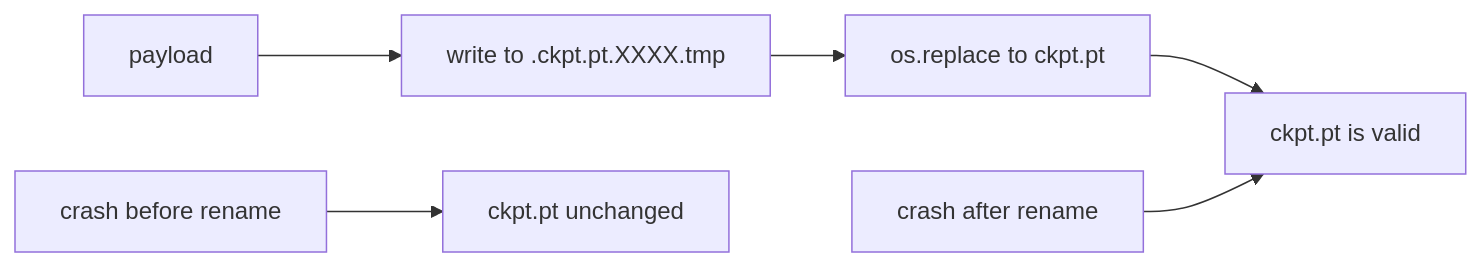
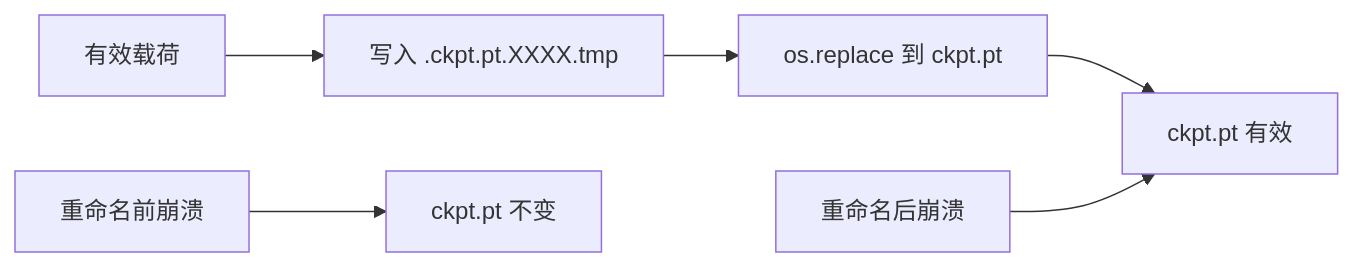
The second of 3 diagrams in lessons/19-capstone-projects/47-checkpoint-save-resume/docs/zh.md (guangningsun/ailearning), drawn with Mermaid before and after one commit. The commit also changed other lines of this file and 85 other files, not shown here.

````diff
--- a/lessons/19-capstone-projects/47-checkpoint-save-resume/docs/zh.md
+++ b/lessons/19-capstone-projects/47-checkpoint-save-resume/docs/zh.md
@@ -50,8 +50,8 @@
 ```mermaid
 flowchart LR
-  payload[payload] --> tmpf[write to .ckpt.pt.XXXX.tmp]
-  tmpf --> rename[os.replace to ckpt.pt]
-  rename --> done[ckpt.pt is valid]
-  crash1[crash before rename] --> orig[ckpt.pt unchanged]
-  crash2[crash after rename] --> done
+  payload["有效载荷"] --> tmpf["写入 .ckpt.pt.XXXX.tmp"]
+  tmpf --> rename["os.replace 到 ckpt.pt"]
+  rename --> done["ckpt.pt 有效"]
+  crash1["重命名前崩溃"] --> orig["ckpt.pt 不变"]
+  crash2["重命名后崩溃"] --> done
 ```
````
